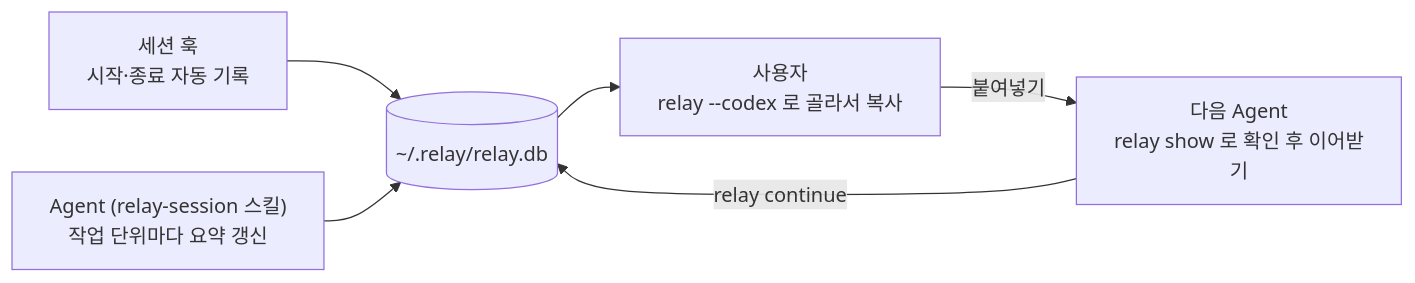
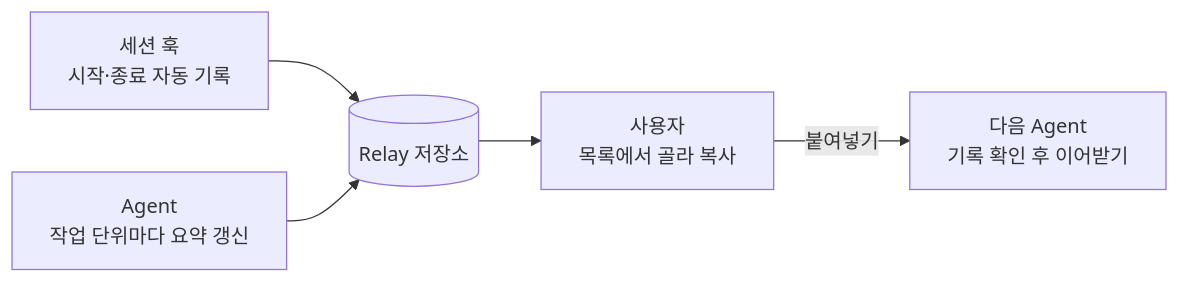
Before and after one commit to ChanuuDev/relay: the diagram in README.md, drawn with Mermaid. The commit also changed other lines of this file, not shown here.

````diff
--- a/README.md
+++ b/README.md
@@ -57,8 +7,7 @@
 ```mermaid
 flowchart LR
-    H["세션 훅<br/>시작·종료 자동 기록"] --> DB[("~/.relay/relay.db")]
-    A["Agent (relay-session 스킬)<br/>작업 단위마다 요약 갱신"] --> DB
-    DB --> U["사용자<br/>relay --codex 로 골라서 복사"]
-    U -->|"붙여넣기"| B["다음 Agent<br/>relay show 로 확인 후 이어받기"]
-    B -->|"relay continue"| DB
+    H["세션 훅<br/>시작·종료 자동 기록"] --> DB[("Relay 저장소")]
+    A["Agent<br/>작업 단위마다 요약 갱신"] --> DB
+    DB --> U["사용자<br/>목록에서 골라 복사"]
+    U -->|"붙여넣기"| B["다음 Agent<br/>기록 확인 후 이어받기"]
 ```
````
